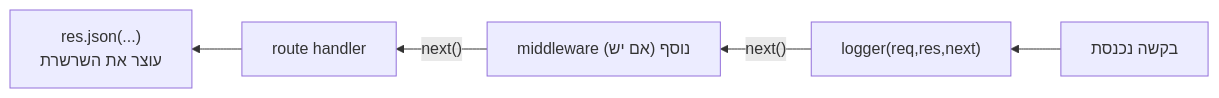
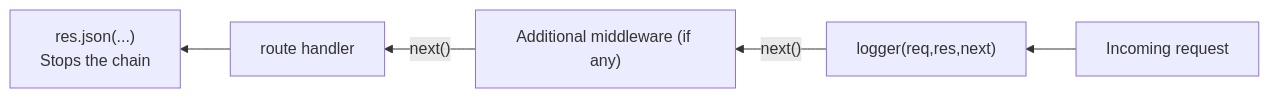
The diagram in content/docs/server/33-express-middleware-content.md (neriyaMalachi/FullStack_kodkode_5), drawn with Mermaid before and after one commit. The commit also changed other lines of this file and 117 other files, not shown here.

````diff
--- a/content/docs/server/33-express-middleware-content.md
+++ b/content/docs/server/33-express-middleware-content.md
@@ -52,8 +52,8 @@
 ```mermaid
 flowchart RL
-    Req["בקשה נכנסת"] --> MW1["logger(req,res,next)"]
-    MW1 -->|"next()"| MW2["middleware נוסף (אם יש)"]
+    Req["Incoming request"] --> MW1["logger(req,res,next)"]
+    MW1 -->|"next()"| MW2["Additional middleware (if any)"]
     MW2 -->|"next()"| Handler["route handler"]
     Handler --> Res["res.json(...)
-    עוצר את השרשרת"]
+    Stops the chain"]
 ```
````
